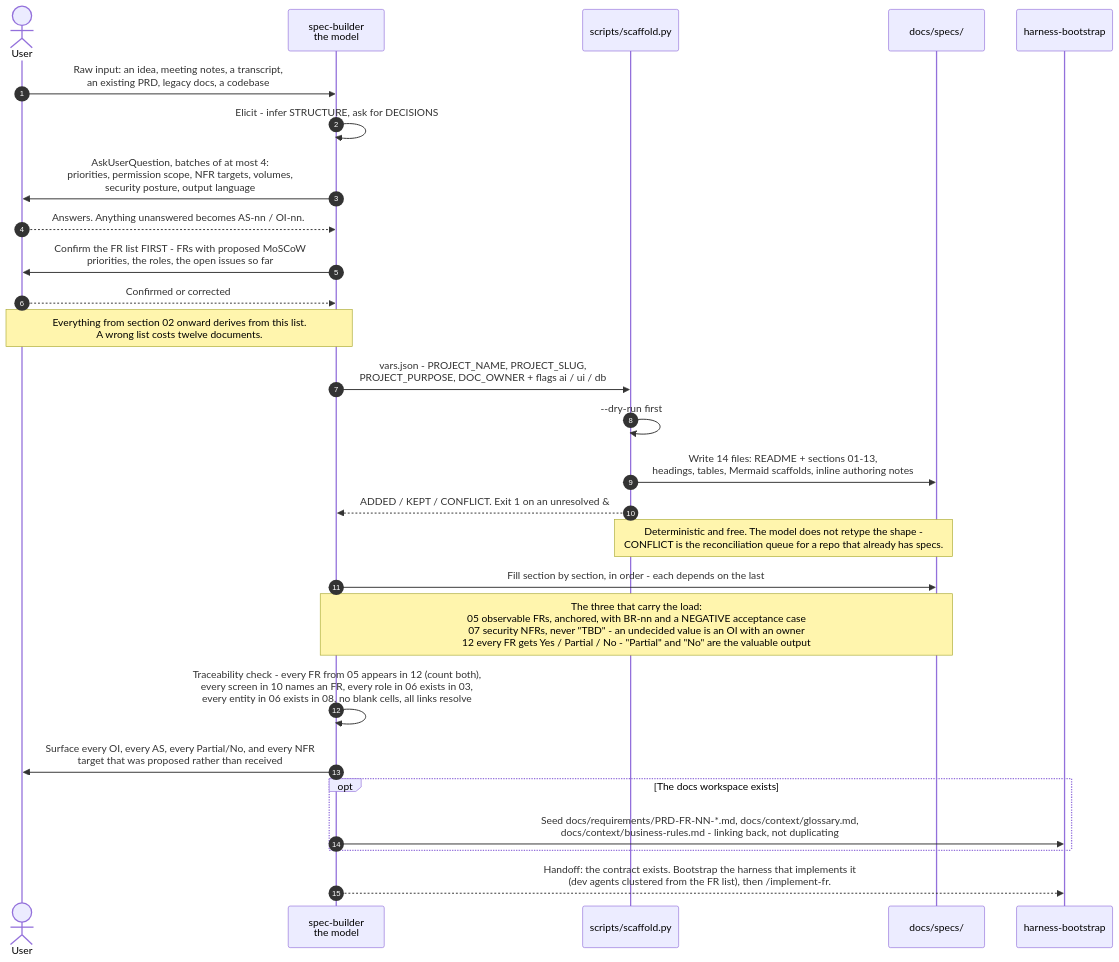
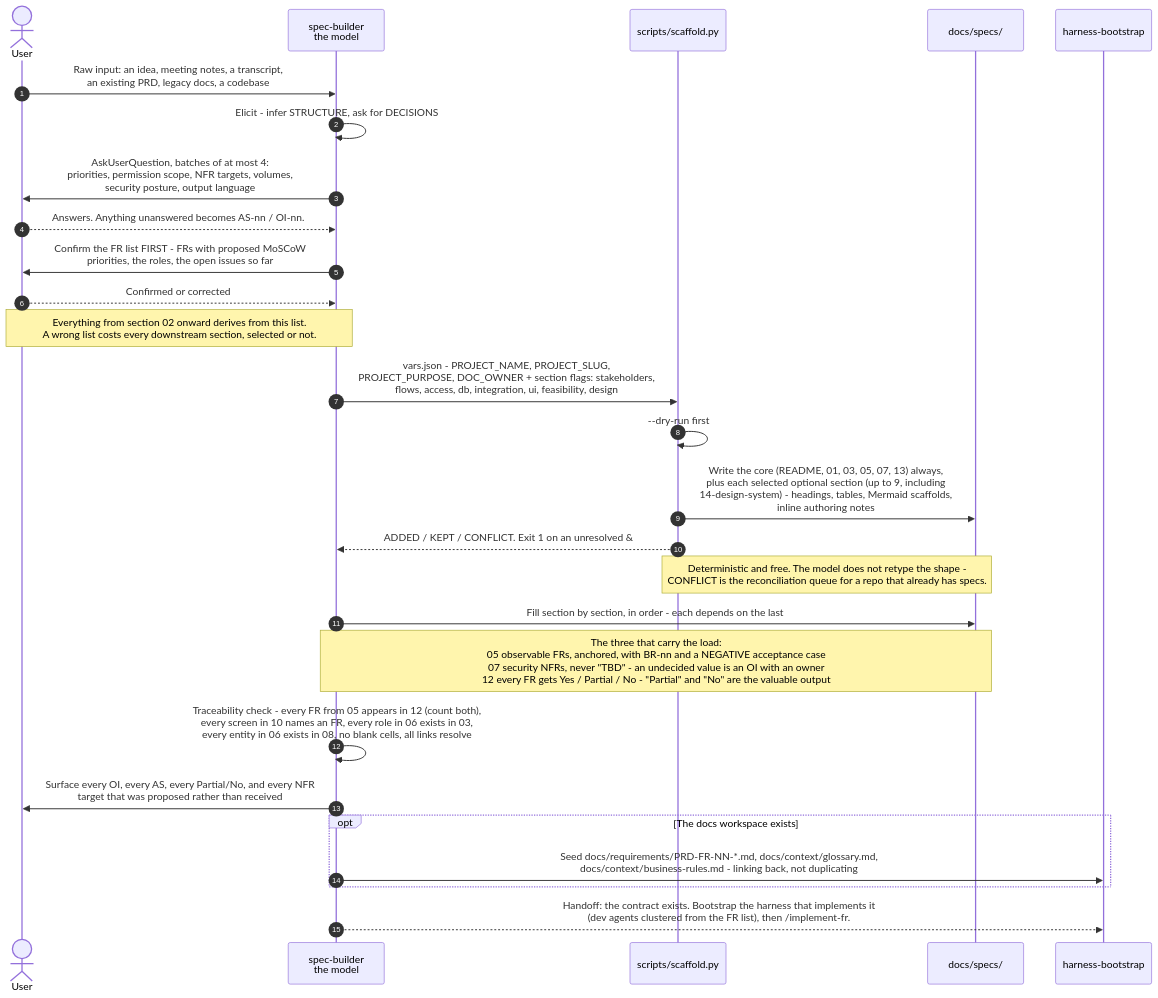
One commit to nguyenhx2/agent-harness-bootstrap changed the sixth of 7 diagrams in docs/FLOWS.md. Above: the diagram before and after it, drawn with Mermaid. The commit also changed other lines of this file and 136 other files, not shown here.

First line of the commit message:
v1.8.0: fitted roster, harness graph and viewer, runtime toggles, selective specs (#3)

````diff
--- a/docs/FLOWS.md
+++ b/docs/FLOWS.md
@@ -392,35 +399,35 @@
 ```mermaid
 sequenceDiagram
     autonumber
     actor User
     participant SB as spec-builder<br/>the model
     participant Scaffold as scripts/scaffold.py
     participant Specs as docs/specs/
     participant HB as harness-bootstrap
 
     User->>SB: Raw input: an idea, meeting notes, a transcript,<br/>an existing PRD, legacy docs, a codebase
     SB->>SB: Elicit - infer STRUCTURE, ask for DECISIONS
     SB->>User: AskUserQuestion, batches of at most 4:<br/>priorities, permission scope, NFR targets, volumes,<br/>security posture, output language
     User-->>SB: Answers. Anything unanswered becomes AS-nn / OI-nn.
 
     SB->>User: Confirm the FR list FIRST - FRs with proposed MoSCoW<br/>priorities, the roles, the open issues so far
     User-->>SB: Confirmed or corrected
-    Note over SB,User: Everything from section 02 onward derives from this list.<br/>A wrong list costs twelve documents.
+    Note over SB,User: Everything from section 02 onward derives from this list.<br/>A wrong list costs every downstream section, selected or not.
 
-    SB->>Scaffold: vars.json - PROJECT_NAME, PROJECT_SLUG,<br/>PROJECT_PURPOSE, DOC_OWNER + flags ai / ui / db
+    SB->>Scaffold: vars.json - PROJECT_NAME, PROJECT_SLUG,<br/>PROJECT_PURPOSE, DOC_OWNER + section flags: stakeholders,<br/>flows, access, db, integration, ui, feasibility, design
     Scaffold->>Scaffold: --dry-run first
-    Scaffold->>Specs: Write 14 files: README + sections 01-13,<br/>headings, tables, Mermaid scaffolds, inline authoring notes
+    Scaffold->>Specs: Write the core (README, 01, 03, 05, 07, 13) always,<br/>plus each selected optional section (up to 9, including<br/>14-design-system) - headings, tables, Mermaid scaffolds,<br/>inline authoring notes
     Scaffold-->>SB: ADDED / KEPT / CONFLICT. Exit 1 on an unresolved &#123 -&#123 -VAR&#125 -&#125 -.
     Note over Scaffold,Specs: Deterministic and free. The model does not retype the shape -<br/>CONFLICT is the reconciliation queue for a repo that already has specs.
 
     SB->>Specs: Fill section by section, in order - each depends on the last
     Note over SB,Specs: The three that carry the load:<br/>05 observable FRs, anchored, with BR-nn and a NEGATIVE acceptance case<br/>07 security NFRs, never "TBD" - an undecided value is an OI with an owner<br/>12 every FR gets Yes / Partial / No - "Partial" and "No" are the valuable output
 
     SB->>SB: Traceability check - every FR from 05 appears in 12 (count both),<br/>every screen in 10 names an FR, every role in 06 exists in 03,<br/>every entity in 06 exists in 08, no blank cells, all links resolve
     SB->>User: Surface every OI, every AS, every Partial/No, and every NFR<br/>target that was proposed rather than received
 
     opt The docs workspace exists
         SB->>HB: Seed docs/requirements/PRD-FR-NN-*.md, docs/context/glossary.md,<br/>docs/context/business-rules.md - linking back, not duplicating
     end
     SB-->>HB: Handoff: the contract exists. Bootstrap the harness that implements it<br/>(dev agents clustered from the FR list), then /implement-fr.
 ```
````
